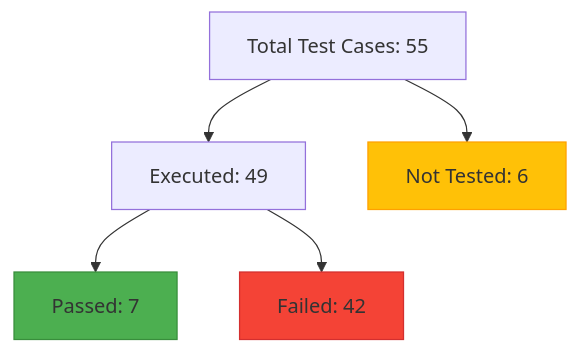
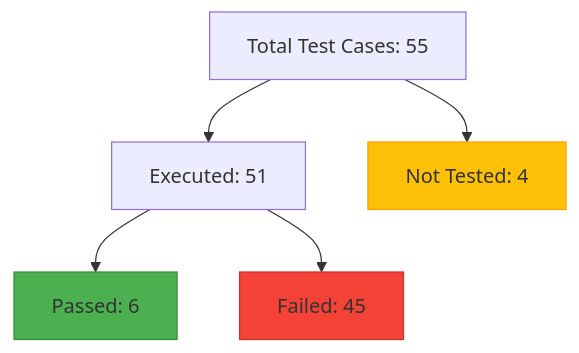
Before and after one commit to PLP-Database-Design/wk-6-jackiecherotich-1: the third of 6 diagrams in TEST_REPORT.md, drawn with Mermaid. The commit also changed other lines of this file, not shown here.

First line of the commit message:
Revise Software Test Report for CleanCity Scheduler

````diff
--- a/TEST_REPORT.md
+++ b/TEST_REPORT.md
@@ -489,10 +462,10 @@
 ```mermaid
 graph TD
-    A[Total Test Cases: 55] --> B[Executed: 49]
-    B --> C[Passed: 7]
-    B --> D[Failed: 42]
-    A --> E[Not Tested: 6]
+    A[Total Test Cases: 55] --> B[Executed: 51]
+    B --> C[Passed: 6]
+    B --> D[Failed: 45]
+    A --> E[Not Tested: 4]
     style C fill:#4CAF50,stroke:#388E3C
     style D fill:#F44336,stroke:#D32F2F
     style E fill:#FFC107,stroke:#FFA000
 ```
````
